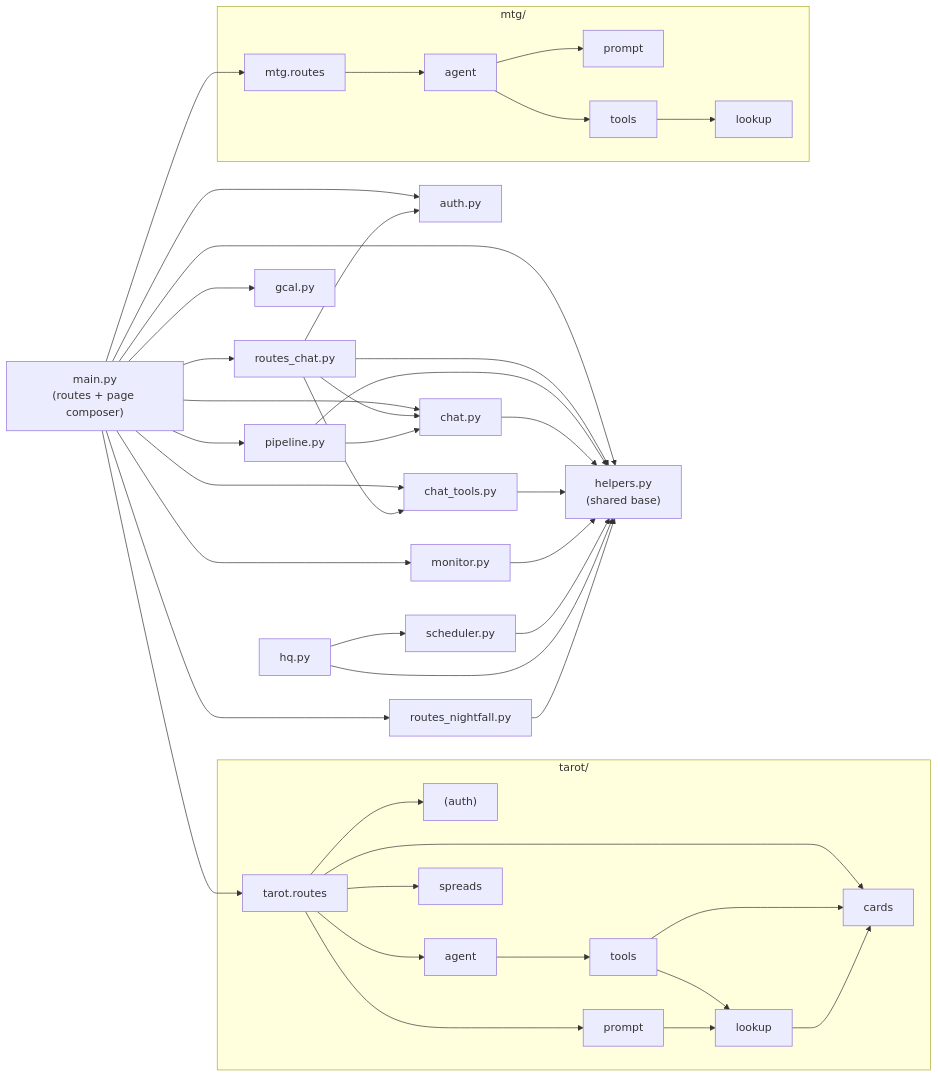
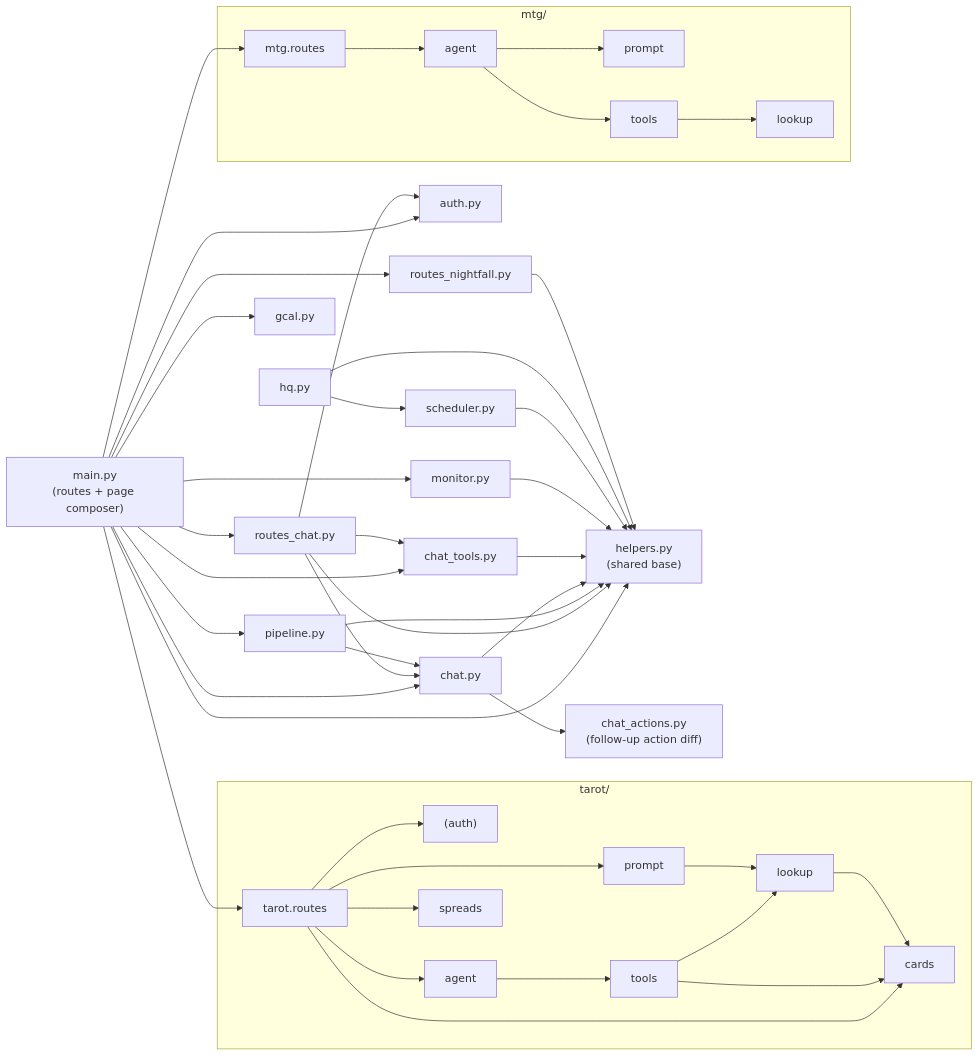
One commit to wai-lau/exec-fn changed the second of 7 diagrams in ARCHITECTURE.md. Above: the diagram before and after it, drawn with Mermaid. The commit also changed other lines of this file and 5 other files, not shown here.

First line of the commit message:
fix(exec): pass this turn's action diff into the follow-up prompt

````diff
--- a/ARCHITECTURE.md
+++ b/ARCHITECTURE.md
@@ -81,62 +81,64 @@
 ```mermaid
 flowchart LR
   main["main.py<br/>(routes + page composer)"]
   auth["auth.py"]
   helpers["helpers.py<br/>(shared base)"]
   pipeline["pipeline.py"]
   scheduler["scheduler.py"]
   monitor["monitor.py"]
   hq["hq.py"]
   chat["chat.py"]
   chat_tools["chat_tools.py"]
+  chat_actions["chat_actions.py<br/>(follow-up action diff)"]
   routes_chat["routes_chat.py"]
   routes_night["routes_nightfall.py"]
   gcal["gcal.py"]
 
   main --> pipeline
   main --> gcal
   main --> chat
   main --> chat_tools
   main --> helpers
   main --> routes_night
   main --> routes_chat
   main --> monitor
   main --> auth
   main --> mtgr["mtg.routes"]
   main --> tarr["tarot.routes"]
 
   routes_chat --> auth
   routes_chat --> chat
   routes_chat --> chat_tools
   routes_chat --> helpers
 
   pipeline --> helpers
   pipeline --> chat
   chat --> helpers
+  chat --> chat_actions
   chat_tools --> helpers
   monitor --> helpers
   scheduler --> helpers
   hq --> helpers
   hq --> scheduler
   routes_night --> helpers
 
   subgraph tarot["tarot/"]
     tarr --> tauth["(auth)"]
     tarr --> tag["agent"]
     tarr --> tcards["cards"]
     tarr --> tprompt["prompt"]
     tarr --> tspreads["spreads"]
     tag --> ttools["tools"]
     ttools --> tcards
     ttools --> tlookup["lookup"]
     tprompt --> tlookup
     tlookup --> tcards
   end
 
   subgraph mtg["mtg/"]
     mtgr --> mag["agent"]
     mag --> mprompt["prompt"]
     mag --> mtools["tools"]
     mtools --> mlookup["lookup"]
   end
 ```
````
